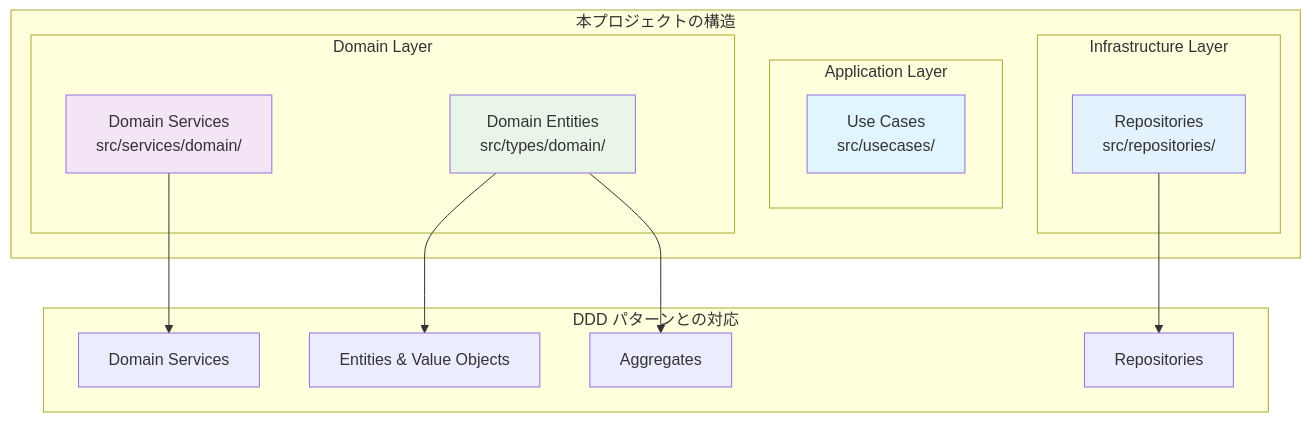
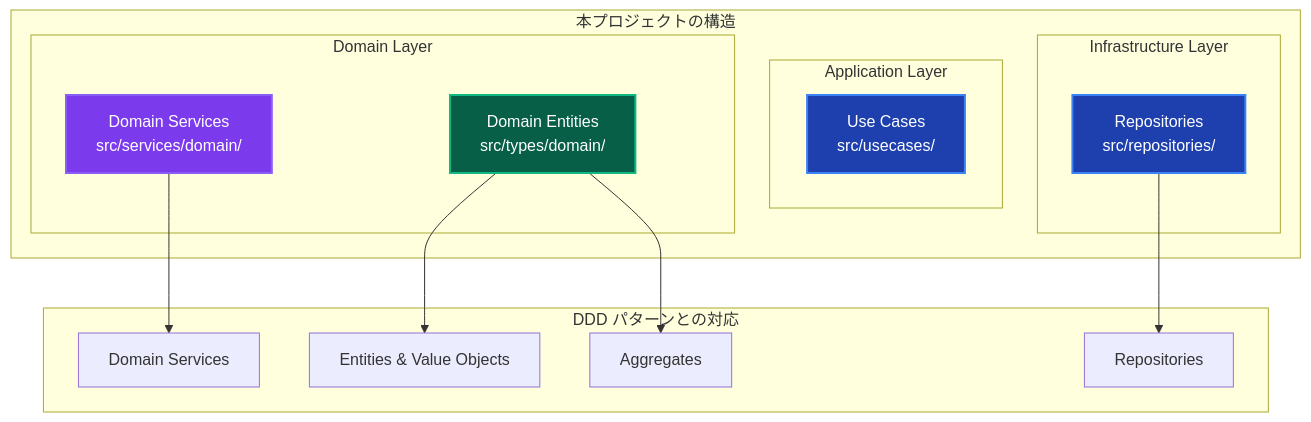
Before and after one commit to derushio/d-next-ddd-example: the seventh of 9 diagrams in _DOCS/guides/ddd/concepts/domain-driven-design.md, drawn with Mermaid. The commit also changed other lines of this file and 31 other files, not shown here.

Commit message:
🎨: DOCSのMermaid図表カラーテーマを暗色に統一し視認性を向上

````diff
--- a/_DOCS/guides/ddd/concepts/domain-driven-design.md
+++ b/_DOCS/guides/ddd/concepts/domain-driven-design.md
@@ -277,34 +277,34 @@
 ```mermaid
 graph TB
     subgraph "本プロジェクトの構造"
         subgraph "Domain Layer"
             DS[Domain Services<br/>src/services/domain/]
             DE[Domain Entities<br/>src/types/domain/]
         end
         
         subgraph "Application Layer"
             UC[Use Cases<br/>src/usecases/]
         end
         
         subgraph "Infrastructure Layer"
             REPO[Repositories<br/>src/repositories/]
         end
     end
     
     subgraph "DDD パターンとの対応"
         DS_DDD[Domain Services]
         ENT_DDD[Entities & Value Objects]
         AGG_DDD[Aggregates]
         REPO_DDD[Repositories]
     end
     
     DS --> DS_DDD
     DE --> ENT_DDD
     DE --> AGG_DDD
     REPO --> REPO_DDD
     
-    style DS fill:#f3e5f5
-    style DE fill:#e8f5e8
-    style UC fill:#e1f5fe
-    style REPO fill:#e3f2fd
+    style DS fill:#7c3aed,stroke:#8b5cf6,stroke-width:2px,color:#ffffff
+    style DE fill:#065f46,stroke:#10b981,stroke-width:2px,color:#ffffff
+    style UC fill:#1e40af,stroke:#3b82f6,stroke-width:2px,color:#ffffff
+    style REPO fill:#1e40af,stroke:#3b82f6,stroke-width:2px,color:#ffffff
 ```
````
